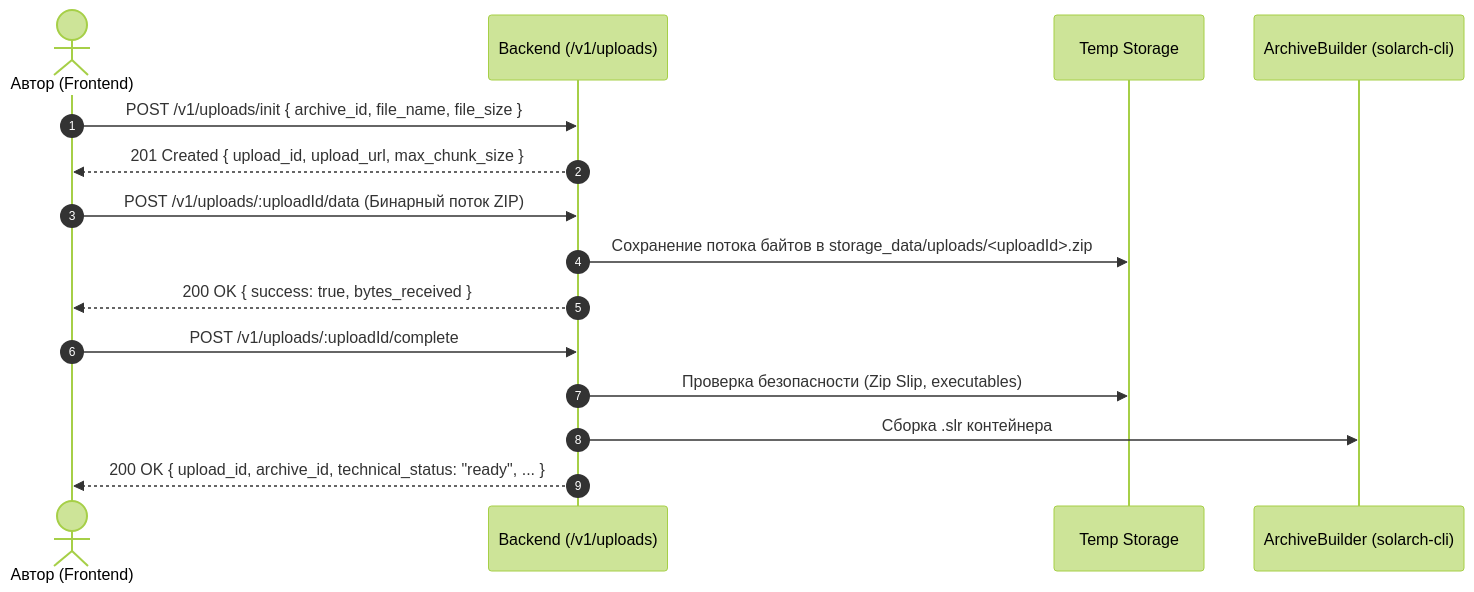
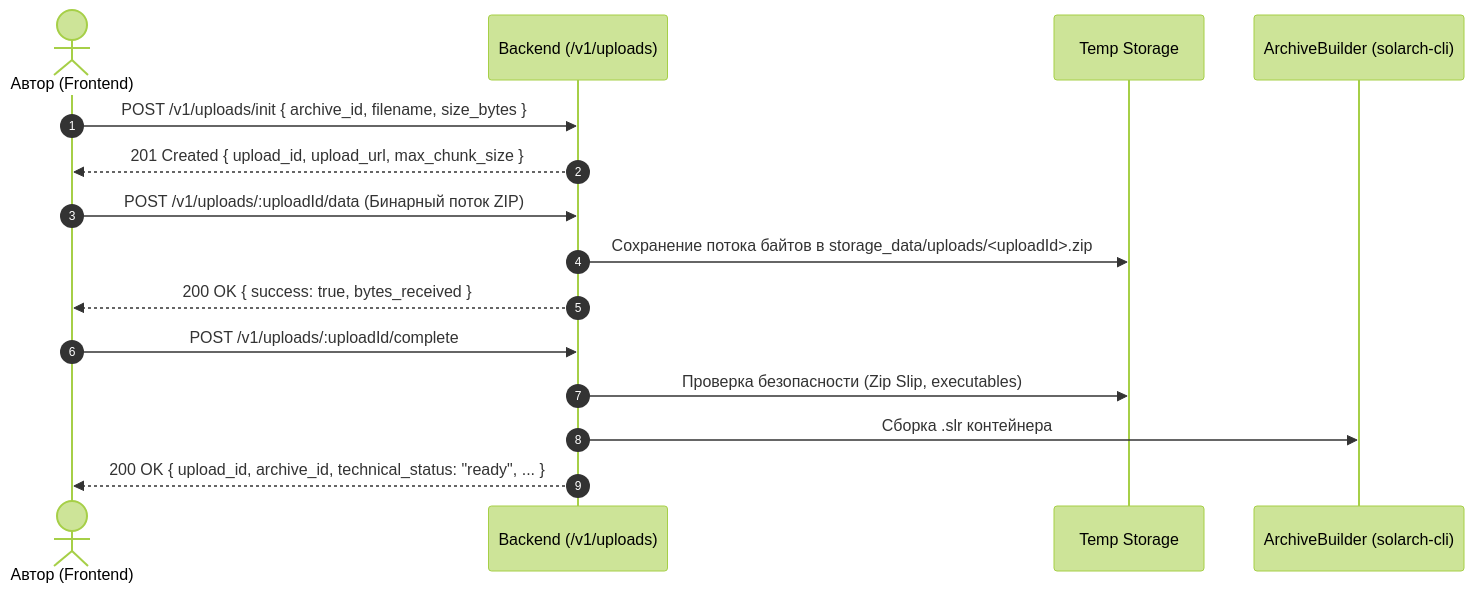
The diagram in docs/FRONTEND_BACKEND_INTEGRATION_GUIDE.md (kiratonine/SolArch), drawn with Mermaid (forest theme) before and after one commit. The commit also changed other lines of this file and 20 other files, not shown here.

````diff
--- a/docs/FRONTEND_BACKEND_INTEGRATION_GUIDE.md
+++ b/docs/FRONTEND_BACKEND_INTEGRATION_GUIDE.md
@@ -343,20 +340,20 @@
 ```mermaid
 sequenceDiagram
     autonumber
     actor Creator as Автор (Frontend)
     participant API as Backend (/v1/uploads)
     participant Storage as Temp Storage
     participant Engine as ArchiveBuilder (solarch-cli)
 
-    Creator->>API: POST /v1/uploads/init { archive_id, file_name, file_size }
+    Creator->>API: POST /v1/uploads/init { archive_id, filename, size_bytes }
     API-->>Creator: 201 Created { upload_id, upload_url, max_chunk_size }
     
     Creator->>API: POST /v1/uploads/:uploadId/data (Бинарный поток ZIP)
     API->>Storage: Сохранение потока байтов в storage_data/uploads/<uploadId>.zip
     API-->>Creator: 200 OK { success: true, bytes_received }
 
     Creator->>API: POST /v1/uploads/:uploadId/complete
     API->>Storage: Проверка безопасности (Zip Slip, executables)
     API->>Engine: Сборка .slr контейнера
     API-->>Creator: 200 OK { upload_id, archive_id, technical_status: "ready", ... }
 ```
````
